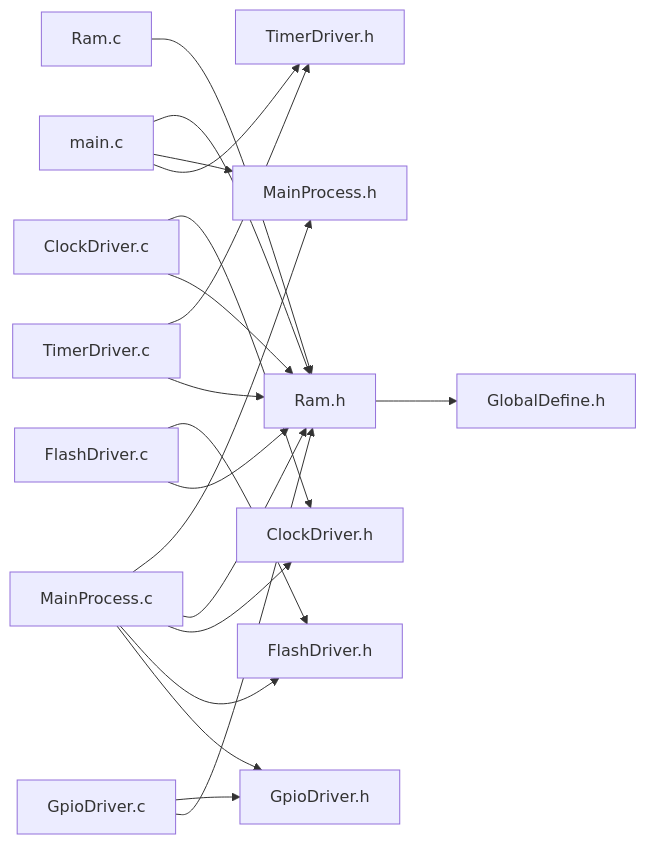
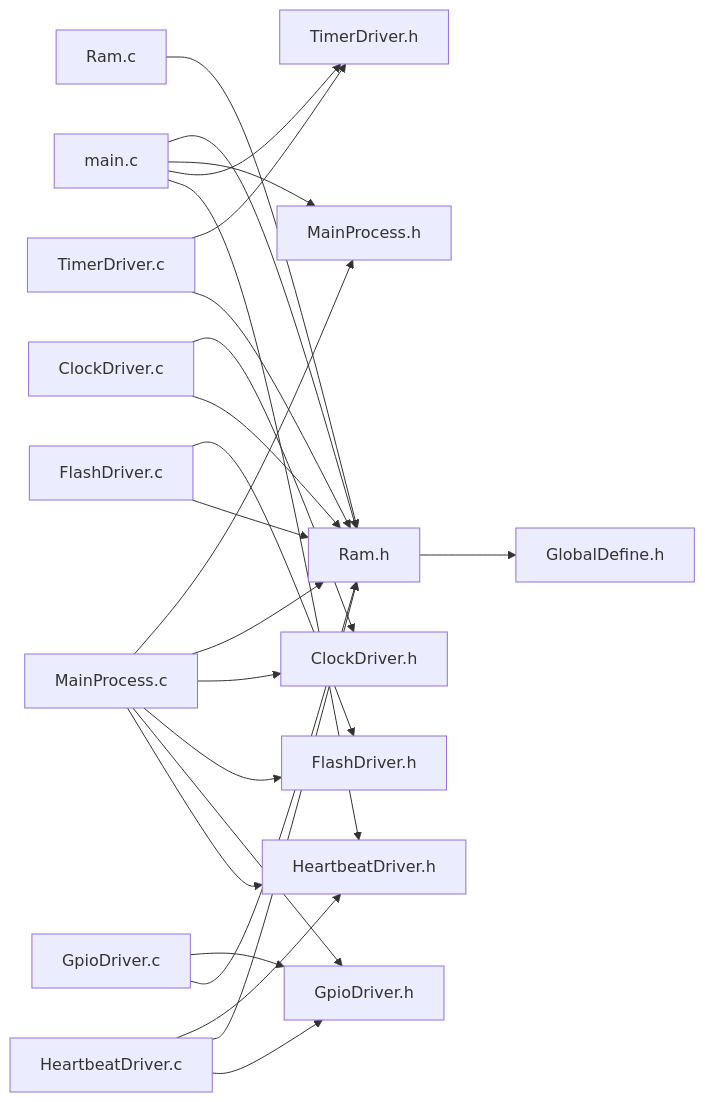
Before and after one commit to rodgutzal/Airsoft-MultipurposeGameModeTool: the second of 6 diagrams in Sw/README.md, drawn with Mermaid. The commit also changed other lines of this file and 12 other files, not shown here.

Commit message:
Agregar HeartbeatDriver (LED en GPIO43, ciclo de 1 s), SetGpioLevel y consola por USB-Serial-JTAG

````diff
--- a/Sw/README.md
+++ b/Sw/README.md
@@ -78,21 +79,26 @@
 ```mermaid
 flowchart LR
   main_c["main.c"] --> Ram_h["Ram.h"]
   main_c --> MainProcess_h["MainProcess.h"]
   main_c --> TimerDriver_h["TimerDriver.h"]
+  main_c --> HeartbeatDriver_h["HeartbeatDriver.h"]
   Ram_h --> GlobalDefine_h["GlobalDefine.h"]
   Ram_c["Ram.c"] --> Ram_h
   MainProcess_c["MainProcess.c"] --> MainProcess_h
   MainProcess_c --> Ram_h
   MainProcess_c --> ClockDriver_h["ClockDriver.h"]
   ClockDriver_c["ClockDriver.c"] --> ClockDriver_h
   ClockDriver_c --> Ram_h
   MainProcess_c --> FlashDriver_h["FlashDriver.h"]
   FlashDriver_c["FlashDriver.c"] --> FlashDriver_h
   FlashDriver_c --> Ram_h
   MainProcess_c --> GpioDriver_h["GpioDriver.h"]
   GpioDriver_c["GpioDriver.c"] --> GpioDriver_h
   GpioDriver_c --> Ram_h
+  MainProcess_c --> HeartbeatDriver_h
+  HeartbeatDriver_c["HeartbeatDriver.c"] --> HeartbeatDriver_h
+  HeartbeatDriver_c --> Ram_h
+  HeartbeatDriver_c --> GpioDriver_h
   TimerDriver_c["TimerDriver.c"] --> TimerDriver_h
   TimerDriver_c --> Ram_h
 ```
````
